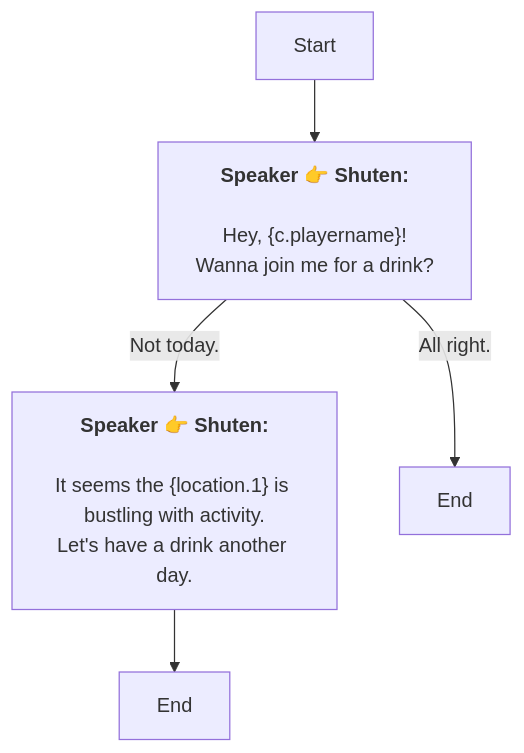
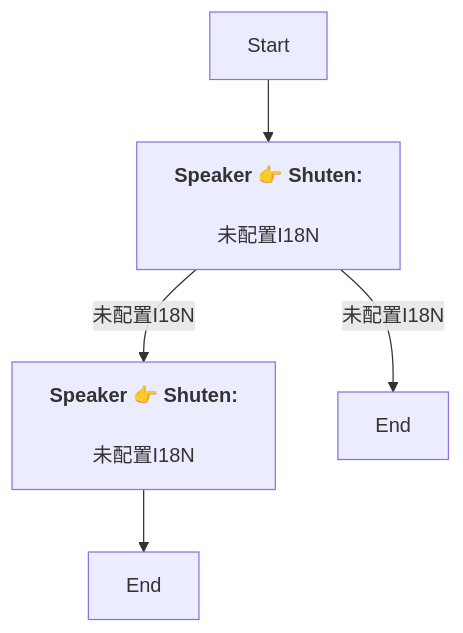
One commit to SoftHu/tos_avg changed the diagram in En/QuestStartTalkENode_1754569494313621.md. Above: the diagram before and after it, drawn with Mermaid. The commit also changed 730 other files, not shown here.

````diff
--- a/En/QuestStartTalkENode_1754569494313621.md
+++ b/En/QuestStartTalkENode_1754569494313621.md
@@ -1,12 +1,10 @@
 ```mermaid
 graph
 Start -->1754569657361049[<b>Speaker 👉 Shuten:</b>
-\nHey, &lbrace;c.playername&rbrace;!
-Wanna join me for a drink?]
-1754569657361049 -->|Not today.|1754569700041376[<b>Speaker 👉 Shuten:</b>
-\nIt seems the &lbrace;location.1&rbrace; is bustling with activity.
-Let's have a drink another day.]
-1754569657361049 -->|All right.|1754569704283809[End]
+\n未配置I18N]
+1754569657361049 -->|未配置I18N|1754569700041376[<b>Speaker 👉 Shuten:</b>
+\n未配置I18N]
+1754569657361049 -->|未配置I18N|1754569704283809[End]
 1754569700041376 -->1754569717223074[End]
 
 ```
````
